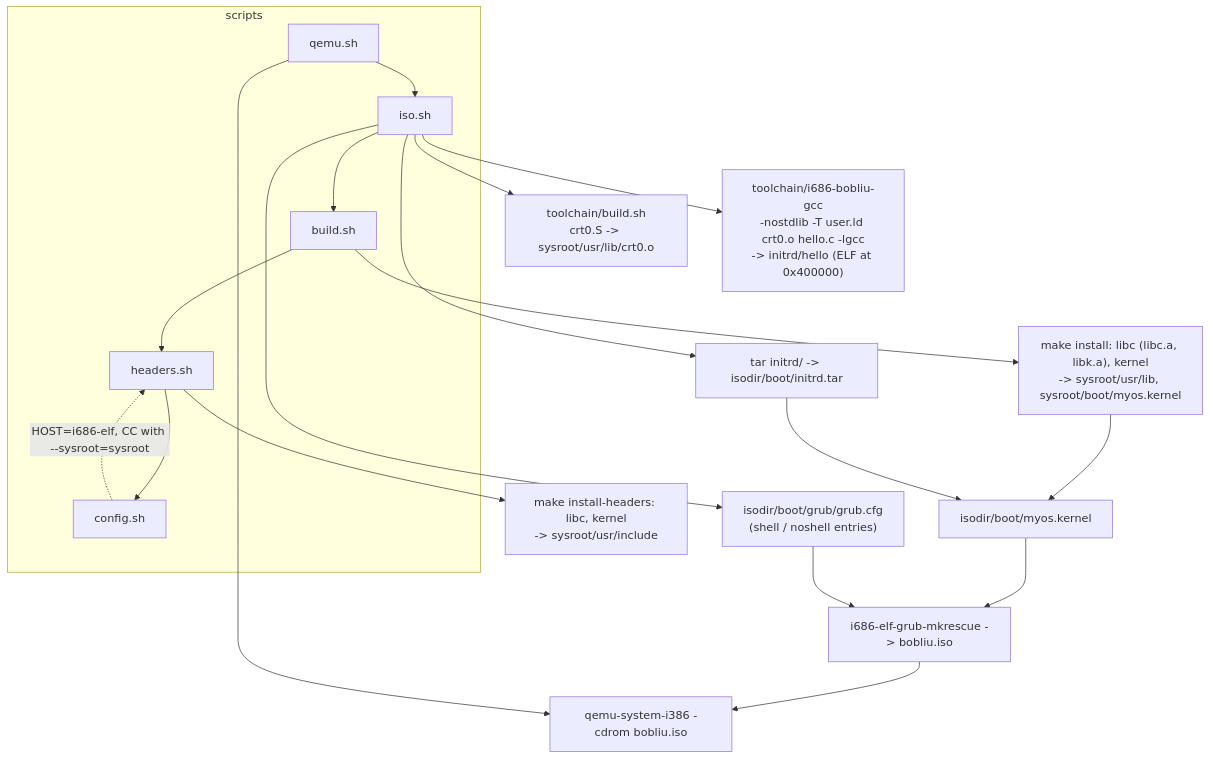
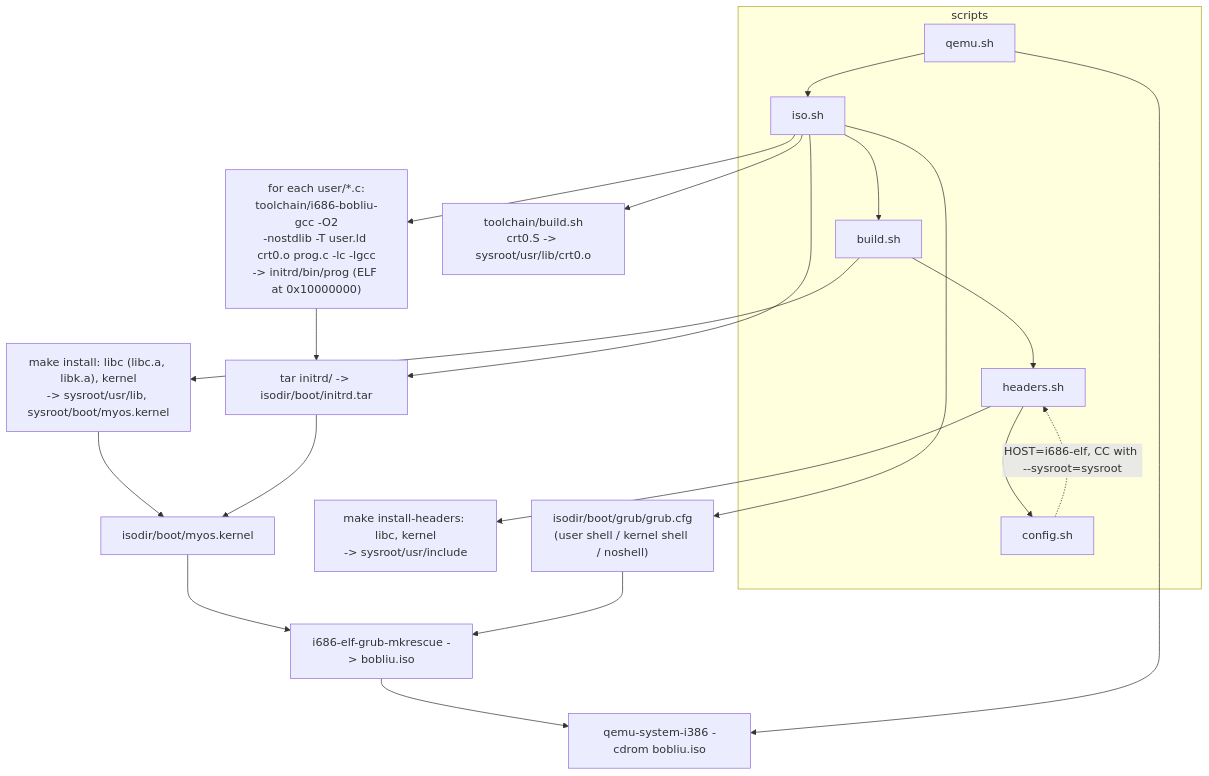
One commit to Bobliuuu/bobliu-os changed the eighth of 8 diagrams in docs/architecture.md. Above: the diagram before and after it, drawn with Mermaid. The commit also changed other lines of this file and 1 other file, not shown here.

Commit message:
update docs for the process model and user shell

````diff
--- a/docs/architecture.md
+++ b/docs/architecture.md
@@ -309,22 +460,23 @@
 ```mermaid
 flowchart TD
     subgraph SCRIPTS["scripts"]
         QS[qemu.sh] --> ISO[iso.sh]
         ISO --> BUILD[build.sh]
         BUILD --> HDR[headers.sh]
         HDR --> CFG[config.sh]
     end
     CFG -. "HOST=i686-elf, CC with --sysroot=sysroot" .-> HDR
     HDR --> H1["make install-headers: libc, kernel<br/>-> sysroot/usr/include"]
     BUILD --> M1["make install: libc (libc.a, libk.a), kernel<br/>-> sysroot/usr/lib, sysroot/boot/myos.kernel"]
     ISO --> TB["toolchain/build.sh<br/>crt0.S -> sysroot/usr/lib/crt0.o"]
-    ISO --> W["toolchain/i686-bobliu-gcc<br/>-nostdlib -T user.ld crt0.o hello.c -lgcc<br/>-> initrd/hello (ELF at 0x400000)"]
+    ISO --> W["for each user/*.c:<br/>toolchain/i686-bobliu-gcc -O2<br/>-nostdlib -T user.ld crt0.o prog.c -lc -lgcc<br/>-> initrd/bin/prog (ELF at 0x10000000)"]
     ISO --> TAR["tar initrd/ -> isodir/boot/initrd.tar"]
+    W --> TAR
     M1 --> ISOD["isodir/boot/myos.kernel"]
     TAR --> ISOD
-    ISO --> GCFG["isodir/boot/grub/grub.cfg<br/>(shell / noshell entries)"]
+    ISO --> GCFG["isodir/boot/grub/grub.cfg<br/>(user shell / kernel shell / noshell)"]
     ISOD --> MK["i686-elf-grub-mkrescue -> bobliu.iso"]
     GCFG --> MK
     MK --> QEMU["qemu-system-i386 -cdrom bobliu.iso"]
     QS --> QEMU
 ```
````
